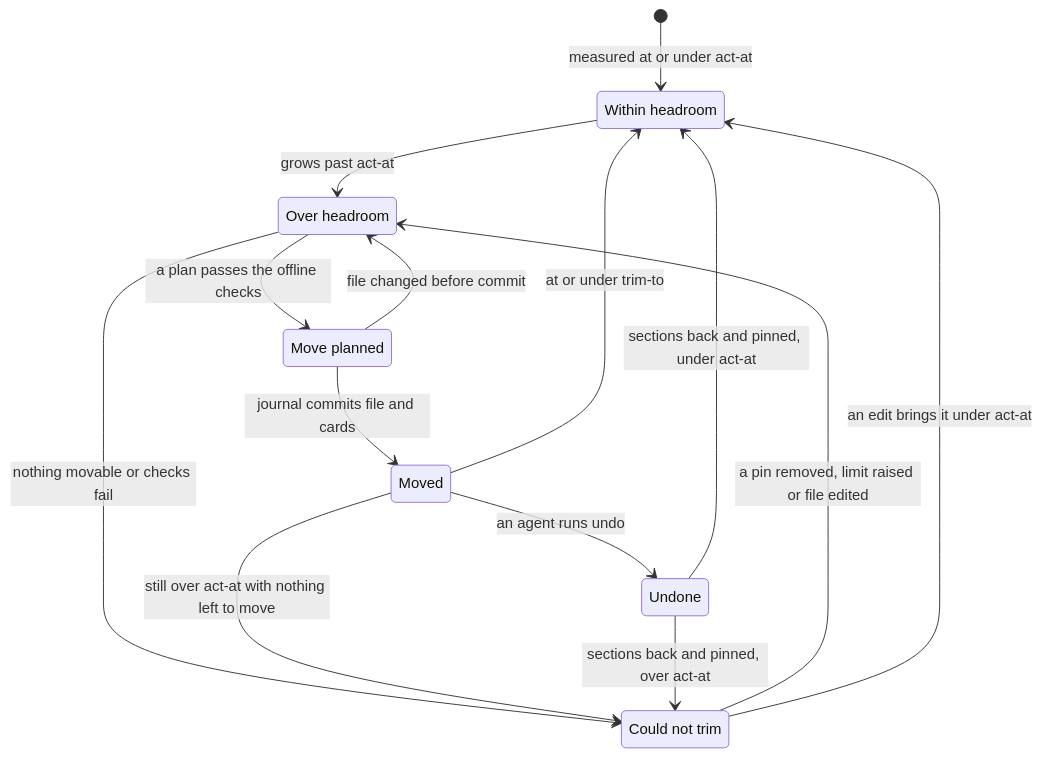
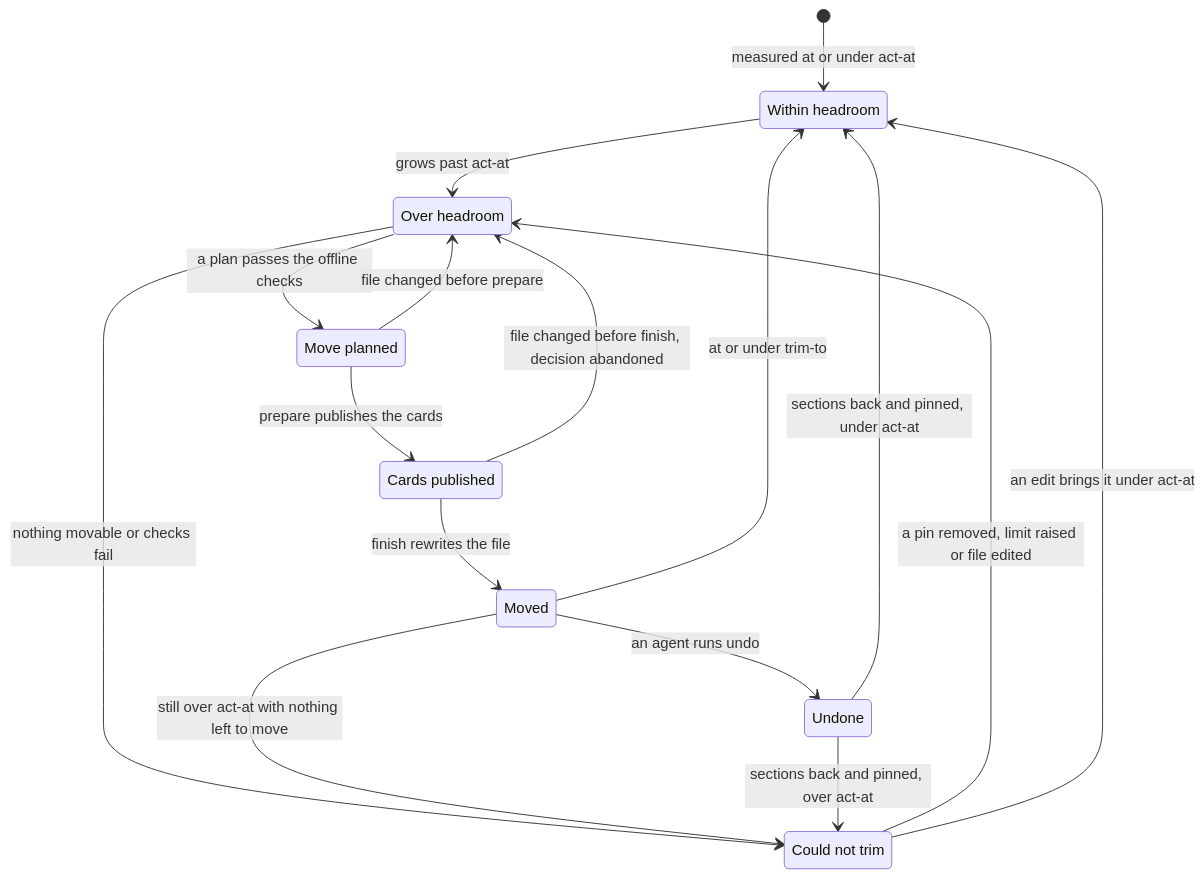
One commit to escoffier-labs/brigade changed the third of 3 diagrams in docs/superpowers/specs/2026-11-13-instruction-budget-care-design.md. Above: the diagram before and after it, drawn with Mermaid. The commit also changed other lines of this file, not shown here.

````diff
--- a/docs/superpowers/specs/2026-11-13-instruction-budget-care-design.md
+++ b/docs/superpowers/specs/2026-11-13-instruction-budget-care-design.md
@@ -686,22 +1000,25 @@
 ```mermaid
 stateDiagram-v2
   state "Within headroom" as Within
   state "Over headroom" as Over
   state "Move planned" as Planned
+  state "Cards published" as Cards
   state "Moved" as Moved
   state "Could not trim" as Stuck
   state "Undone" as Undone
   [*] --> Within: measured at or under act-at
   Within --> Over: grows past act-at
   Over --> Planned: a plan passes the offline checks
   Over --> Stuck: nothing movable or checks fail
-  Planned --> Over: file changed before commit
-  Planned --> Moved: journal commits file and cards
+  Planned --> Over: file changed before prepare
+  Planned --> Cards: prepare publishes the cards
+  Cards --> Over: file changed before finish, decision abandoned
+  Cards --> Moved: finish rewrites the file
   Moved --> Within: at or under trim-to
   Moved --> Stuck: still over act-at with nothing left to move
   Stuck --> Over: a pin removed, limit raised or file edited
   Stuck --> Within: an edit brings it under act-at
   Moved --> Undone: an agent runs undo
   Undone --> Within: sections back and pinned, under act-at
   Undone --> Stuck: sections back and pinned, over act-at
 ```
````
